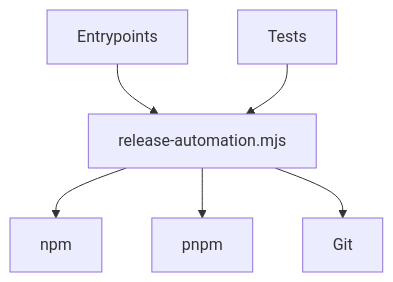
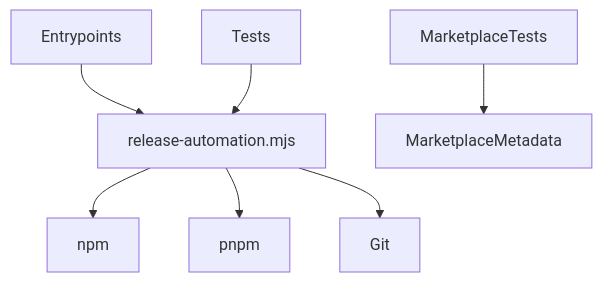
Before and after one commit to streamentry/AGENTOWNERS: the second of 3 diagrams in scripts/AGENTS.md, drawn with Mermaid. The commit also changed other lines of this file and 10 other files, not shown here.

Commit message:
test(release): verify Marketplace metadata

````diff
--- a/scripts/AGENTS.md
+++ b/scripts/AGENTS.md
@@ -32,8 +35,9 @@
 ```mermaid
 flowchart TB
   Entrypoints --> Automation[release-automation.mjs]
   Tests --> Automation
+  MarketplaceTests --> MarketplaceMetadata
   Automation --> npm
   Automation --> pnpm
   Automation --> Git
 ```
````
